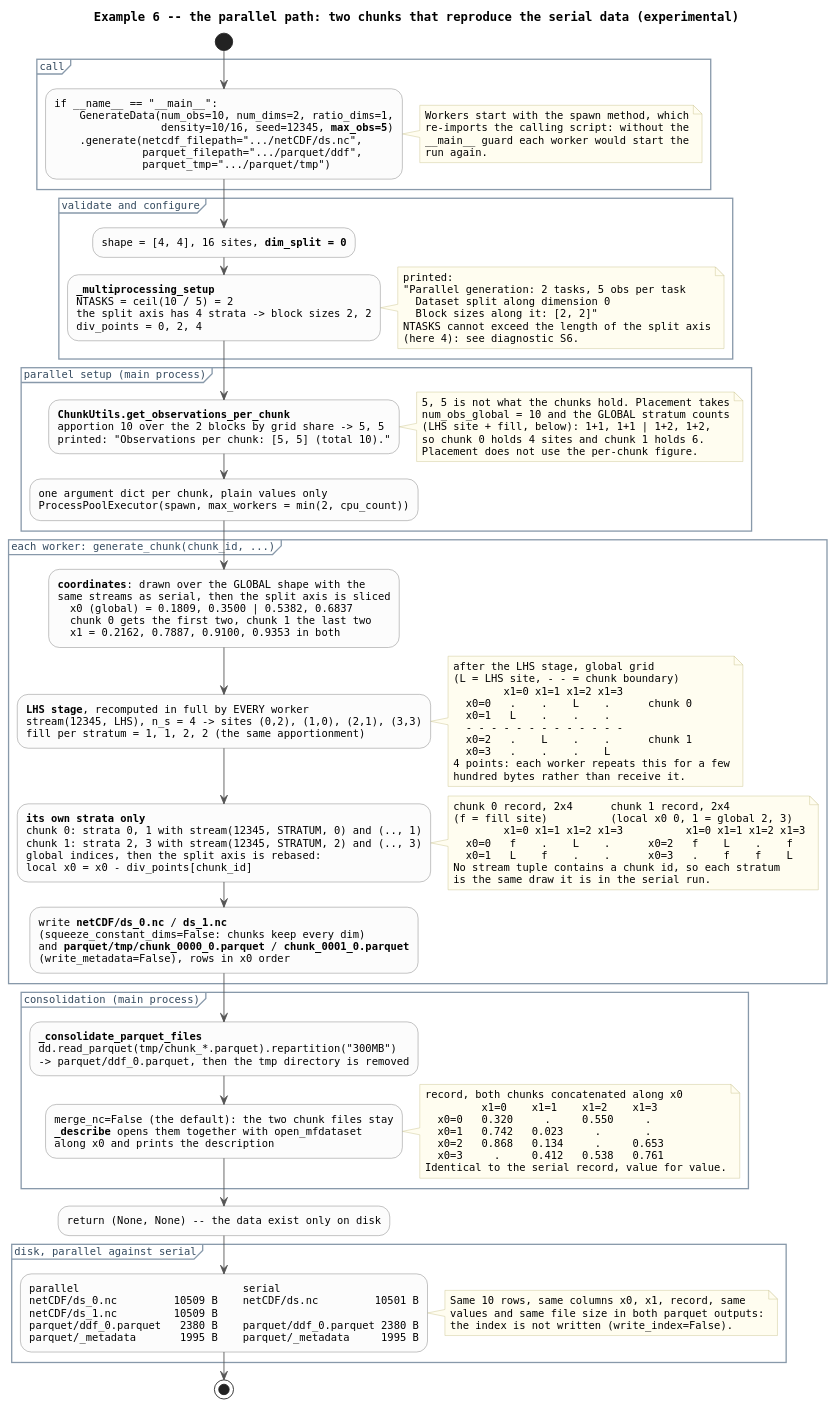
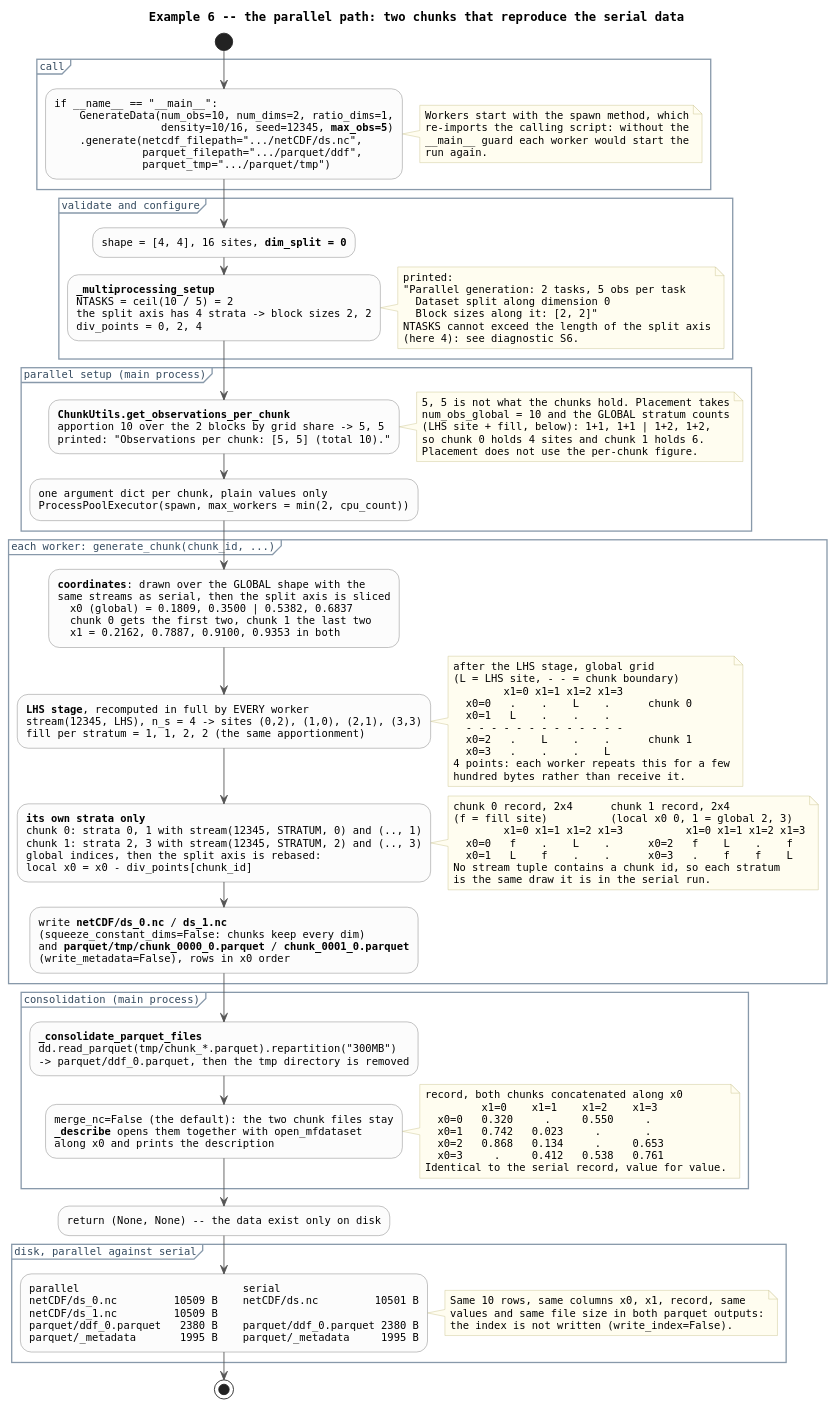
The diagram in docs/dataflow_example_parallel.puml (boom-lab/tabray), drawn with PlantUML before and after one commit. The commit also changed 2 other files, not shown here.

Commit message:
the parallel path is no longer experimental

```diff
--- a/docs/dataflow_example_parallel.puml
+++ b/docs/dataflow_example_parallel.puml
@@ -1,158 +1,158 @@
 @startuml dataflow_example_parallel
 ' Worked example: the parallel path, one variable on a 4x4 grid in two
 ' chunks, compared with the serial run of the same call without max_obs.
 ' Every number here is from actual runs.
 ' Grids: rows x0 (= dim_split), columns x1, index space.
 ' Render: plantuml docs/dataflow_example_parallel.puml
 
-title Example 6 -- the parallel path: two chunks that reproduce the serial data (experimental)
+title Example 6 -- the parallel path: two chunks that reproduce the serial data
 
 skinparam shadowing false
 skinparam defaultFontName Monospaced
 skinparam defaultFontSize 12
 skinparam ArrowColor #555555
 skinparam activity {
   BackgroundColor #FCFCFC
   BorderColor #777777
   DiamondBackgroundColor #F2F2F2
 }
 skinparam partition {
   BorderColor #8899AA
   FontColor #33495E
 }
 skinparam note {
   BackgroundColor #FFFDF0
   BorderColor #C8C08A
 }
 
 start
 
 partition "call" {
   :if ~__name~__ == "~__main~__":
       GenerateData(num_obs=10, num_dims=2, ratio_dims=1,
                    density=10/16, seed=12345, <b>max_obs=5</b>)
       .generate(netcdf_filepath=".../netCDF/ds.nc",
                 parquet_filepath=".../parquet/ddf",
                 parquet_tmp=".../parquet/tmp");
   note right
     Workers start with the spawn method, which
     re-imports the calling script: without the
     ~__main~__ guard each worker would start the
     run again.
   end note
 }
 
 partition "validate and configure" {
   :shape = [4, 4], 16 sites, <b>dim_split = 0</b>;
 
   :<b>_multiprocessing_setup</b>
   NTASKS = ceil(10 / 5) = 2
   the split axis has 4 strata -> block sizes 2, 2
   div_points = 0, 2, 4;
   note right
     printed:
     "Parallel generation: 2 tasks, 5 obs per task
       Dataset split along dimension 0
       Block sizes along it: [2, 2]"
     NTASKS cannot exceed the length of the split axis
     (here 4): see diagnostic S6.
   end note
 }
 
 partition "parallel setup (main process)" {
   :<b>ChunkUtils.get_observations_per_chunk</b>
   apportion 10 over the 2 blocks by grid share -> 5, 5
   printed: "Observations per chunk: [5, 5] (total 10).";
   note right
     5, 5 is not what the chunks hold. Placement takes
     num_obs_global = 10 and the GLOBAL stratum counts
     (LHS site + fill, below): 1+1, 1+1 | 1+2, 1+2,
     so chunk 0 holds 4 sites and chunk 1 holds 6.
     Placement does not use the per-chunk figure.
   end note
 
   :one argument dict per chunk, plain values only
   ProcessPoolExecutor(spawn, max_workers = min(2, cpu_count));
 }
 
 partition "each worker: generate_chunk(chunk_id, ...)" {
   :<b>coordinates</b>: drawn over the GLOBAL shape with the
   same streams as serial, then the split axis is sliced
     x0 (global) = 0.1809, 0.3500 | 0.5382, 0.6837
     chunk 0 gets the first two, chunk 1 the last two
     x1 = 0.2162, 0.7887, 0.9100, 0.9353 in both;
 
   :<b>LHS stage</b>, recomputed in full by EVERY worker
   stream(12345, LHS), n_s = 4 -> sites (0,2), (1,0), (2,1), (3,3)
   fill per stratum = 1, 1, 2, 2 (the same apportionment);
   note right
     after the LHS stage, global grid
     (L = LHS site, - - = chunk boundary)
             x1=0 x1=1 x1=2 x1=3
       x0=0   .    .    L    .      chunk 0
       x0=1   L    .    .    .
       - - - - - - - - - - - - -
       x0=2   .    L    .    .      chunk 1
       x0=3   .    .    .    L
     4 points: each worker repeats this for a few
     hundred bytes rather than receive it.
   end note
 
   :<b>its own strata only</b>
   chunk 0: strata 0, 1 with stream(12345, STRATUM, 0) and (.., 1)
   chunk 1: strata 2, 3 with stream(12345, STRATUM, 2) and (.., 3)
   global indices, then the split axis is rebased:
   local x0 = x0 - div_points[chunk_id];
   note right
     chunk 0 record, 2x4      chunk 1 record, 2x4
     (f = fill site)          (local x0 0, 1 = global 2, 3)
             x1=0 x1=1 x1=2 x1=3          x1=0 x1=1 x1=2 x1=3
       x0=0   f    .    L    .      x0=2   f    L    .    f
       x0=1   L    f    .    .      x0=3   .    f    f    L
     No stream tuple contains a chunk id, so each stratum
     is the same draw it is in the serial run.
   end note
 
   :write <b>netCDF/ds_0.nc</b> / <b>ds_1.nc</b>
   (squeeze_constant_dims=False: chunks keep every dim)
   and <b>parquet/tmp/chunk_0000_0.parquet</b> / <b>chunk_0001_0.parquet</b>
   (write_metadata=False), rows in x0 order;
 }
 
 partition "consolidation (main process)" {
   :<b>_consolidate_parquet_files</b>
   dd.read_parquet(tmp/chunk_*.parquet).repartition("300MB")
   -> parquet/ddf_0.parquet, then the tmp directory is removed;
 
   :merge_nc=False (the default): the two chunk files stay
   <b>_describe</b> opens them together with open_mfdataset
   along x0 and prints the description;
   note right
     record, both chunks concatenated along x0
              x1=0    x1=1    x1=2    x1=3
       x0=0   0.320     .     0.550     .
       x0=1   0.742   0.023     .       .
       x0=2   0.868   0.134     .     0.653
       x0=3     .     0.412   0.538   0.761
     Identical to the serial record, value for value.
   end note
 }
 
 :return (None, None) -- the data exist only on disk;
 
 partition "disk, parallel against serial" {
   :parallel                          serial
   netCDF/ds_0.nc         10509 B    netCDF/ds.nc         10501 B
   netCDF/ds_1.nc         10509 B
   parquet/ddf_0.parquet   2380 B    parquet/ddf_0.parquet 2380 B
   parquet/_metadata       1995 B    parquet/_metadata     1995 B;
   note right
     Same 10 rows, same columns x0, x1, record, same
     values and same file size in both parquet outputs:
     the index is not written (write_index=False).
   end note
 }
 
 stop
 
 @enduml
```
